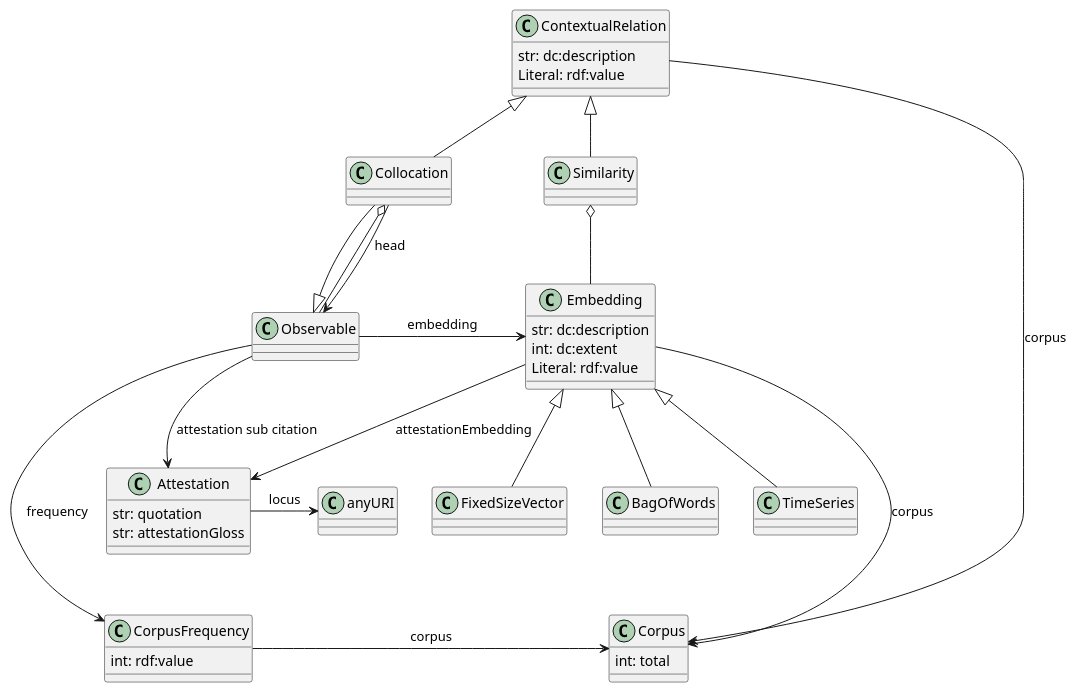
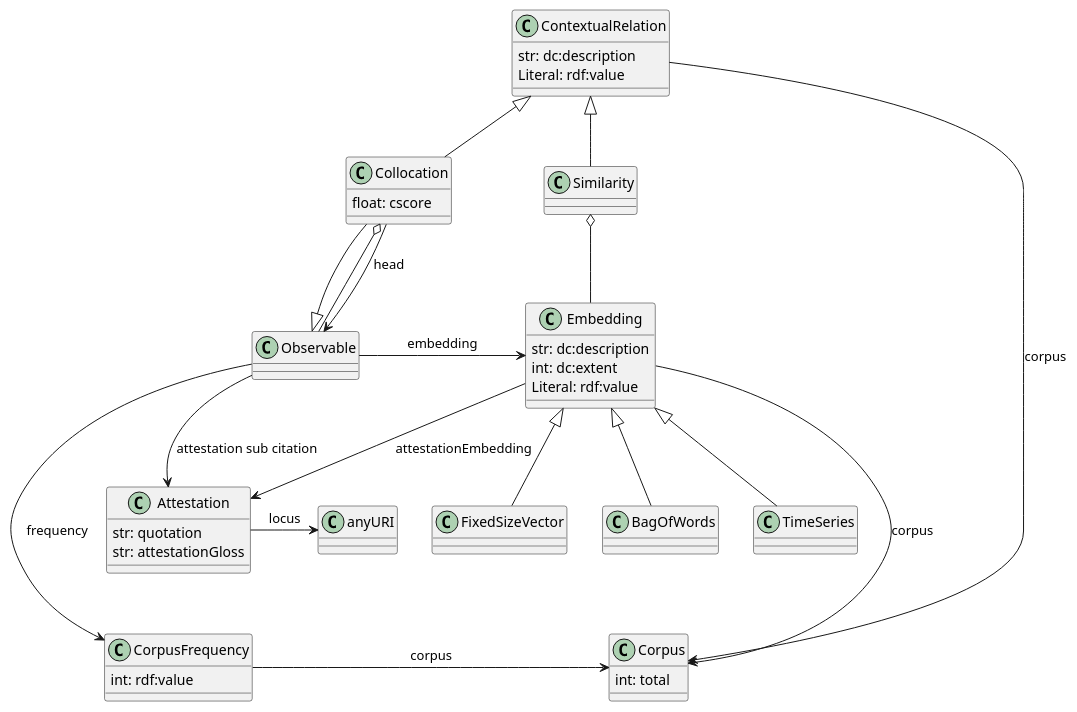
One commit to ontolex/frequency-attestation-corpus-information changed the diagram in img/diagram.puml. Above: the diagram before and after it, drawn with PlantUML.

```diff
--- a/img/diagram.puml
+++ b/img/diagram.puml
@@ -1,55 +1,59 @@
 @startuml
 
 Collocation o-down- Observable
 
 Embedding -down-> Attestation: attestationEmbedding
 Attestation -[hidden]-> CorpusFrequency
 
 
 Observable -> Embedding: embedding
 Observable -> CorpusFrequency: frequency
 Observable -> Attestation: attestation sub citation
 
 class Embedding {
  str: dc:description
  int: dc:extent
  Literal: rdf:value
 }
 
 FixedSizeVector -up-|> Embedding
 BagOfWords -up-|> Embedding
 TimeSeries -up-|> Embedding
 
 class ContextualRelation {
   str: dc:description
   Literal: rdf:value
 }
 
 ContextualRelation <|-down- Collocation
 ContextualRelation <|-down- Similarity
 Similarity o-down- Embedding
 
 class CorpusFrequency {
   int: rdf:value
 }
 
 class Attestation {
   str: quotation
   str: attestationGloss
 }
 
 class Corpus {
   int: total
 }
 
 Attestation -> anyURI: locus
 CorpusFrequency -> Corpus: corpus
 Embedding -> Corpus: corpus
 ContextualRelation -> Corpus: corpus
 
 anyURI -[hidden]-> Corpus
 
 Collocation -down-> Observable: head
 Collocation -down-|> Observable
- 
+
+class Collocation {
+ float: cscore
+}
+
 @enduml
```
